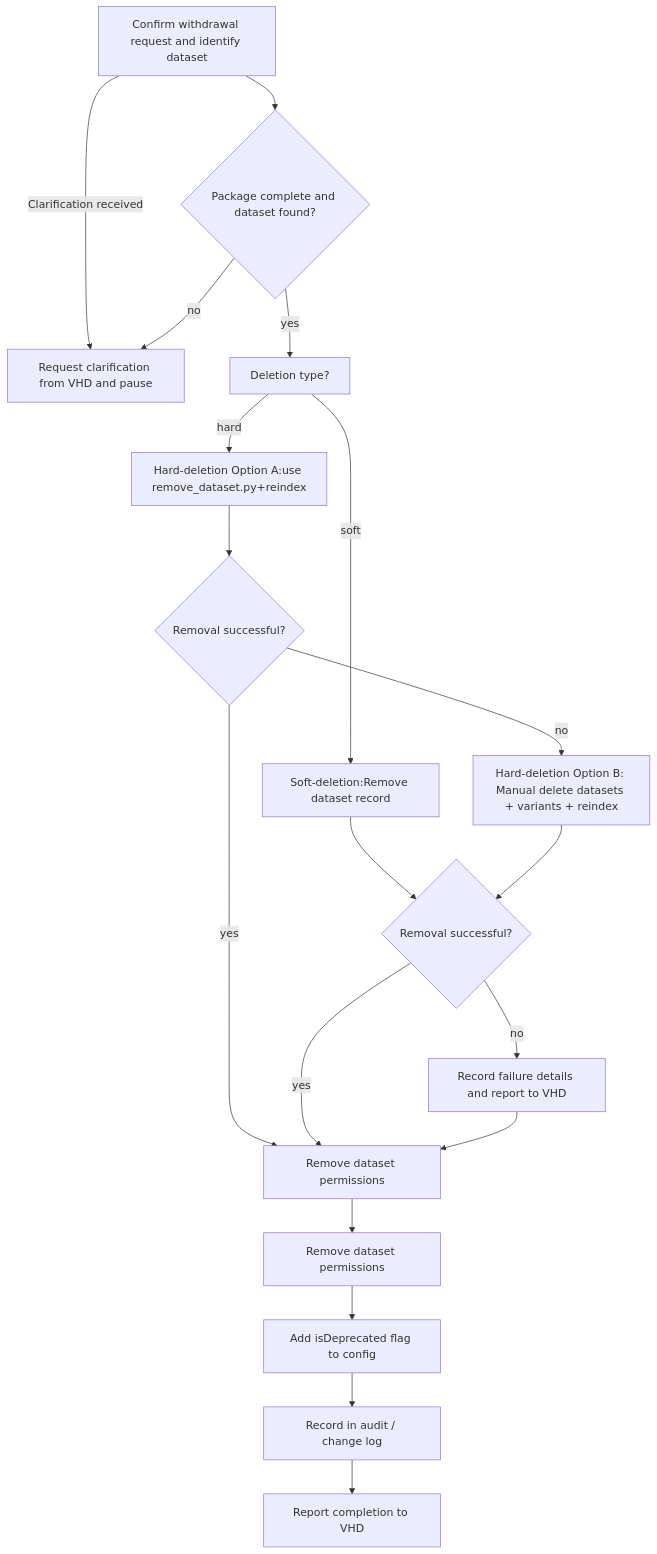
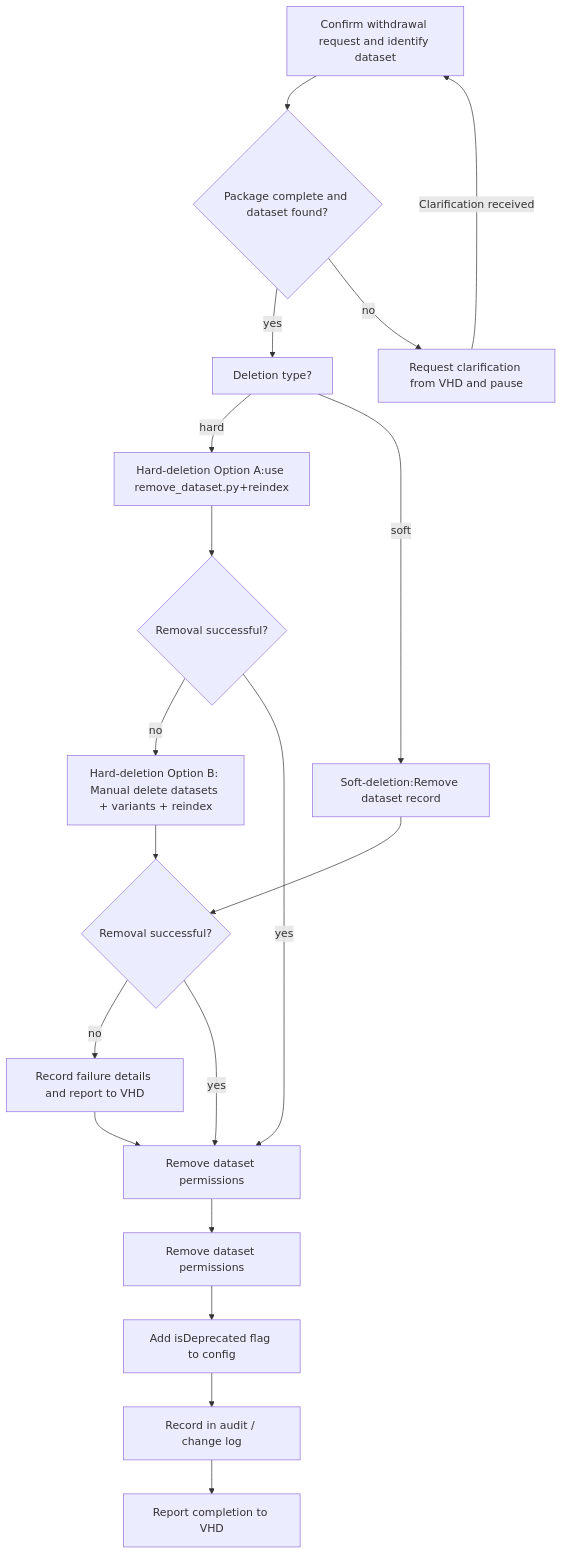
The diagram in sops/node-specific/GDI-SOP0012_withdraw-dataset-from-node-allele-frequency-beacon.md (GenomicDataInfrastructure/standard-operating-procedures), drawn with Mermaid before and after one commit.

Commit message:
addressed flowchart for step D to A

````diff
--- a/sops/node-specific/GDI-SOP0012_withdraw-dataset-from-node-allele-frequency-beacon.md
+++ b/sops/node-specific/GDI-SOP0012_withdraw-dataset-from-node-allele-frequency-beacon.md
@@ -90,21 +90,21 @@
 ```mermaid
 flowchart TD;
     A["Confirm withdrawal request and identify dataset"] --> B{"Package complete and dataset found?"}
-    A -- Clarification received --> D["Request clarification from VHD and pause"]
+    D["Request clarification from VHD and pause"] -- Clarification received --> A
     B -- yes --> C["Deletion type?"]
     B -- no --> D
     C -- hard --> E["Hard-deletion Option A:use remove_dataset.py+reindex"]
     C -- soft --> F["Soft-deletion:Remove dataset record"]
     E --> G{"Removal successful?"}
     G -- no --> H["Hard-deletion Option B: Manual delete datasets + variants + reindex"]
     G -- yes --> K["Remove dataset permissions"]
     F --> I{"Removal successful?"}
     H --> I
     I -- no --> J["Record failure details and report to VHD"]
     I -- yes --> K
     J --> K
     K --> L["Remove dataset permissions"]
     L --> M["Add isDeprecated flag to config"]
     M --> N["Record in audit / change log"]
     N --> O["Report completion to VHD"]
 ```
````
